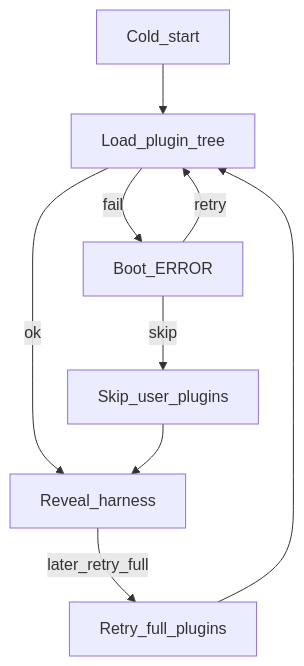
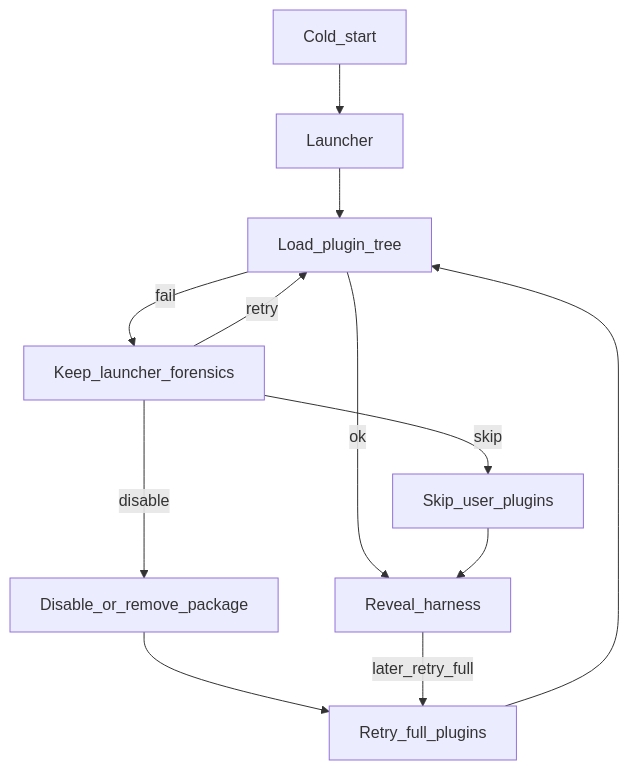
One commit to 20190441309/Deepseek-Harness-Desktop changed the diagram in docs/handbook/flows/plugin-recovery.md. Above: the diagram before and after it, drawn with Mermaid. The commit also changed other lines of this file and 986 other files, not shown here.

First line of the commit message:
feature(desktop-launcher): cold-start launcher, home import, and usage stats

````diff
--- a/docs/handbook/flows/plugin-recovery.md
+++ b/docs/handbook/flows/plugin-recovery.md
@@ -10,17 +12,22 @@
 ```mermaid
 flowchart TD
   start[Cold_start]
+  launcher[Launcher]
   load[Load_plugin_tree]
   ok[Reveal_harness]
-  fail[Boot_ERROR]
+  fail[Keep_launcher_forensics]
+  disable[Disable_or_remove_package]
   skip[Skip_user_plugins]
   retry[Retry_full_plugins]
-  start --> load
+  start --> launcher
+  launcher --> load
   load -->|ok| ok
   load -->|fail| fail
+  fail -->|disable| disable
+  disable --> retry
   fail -->|skip| skip
   skip --> ok
   fail -->|retry| load
   ok -->|later_retry_full| retry
   retry --> load
 ```
````
